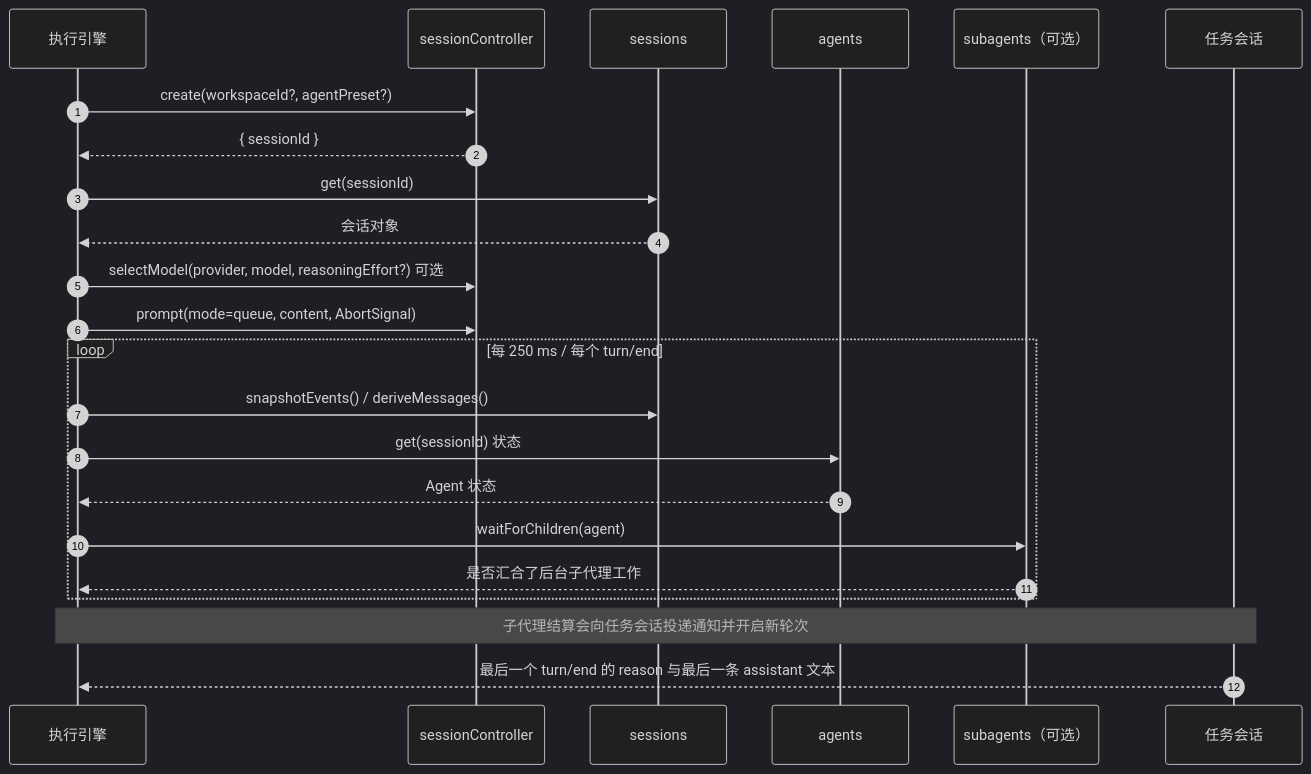
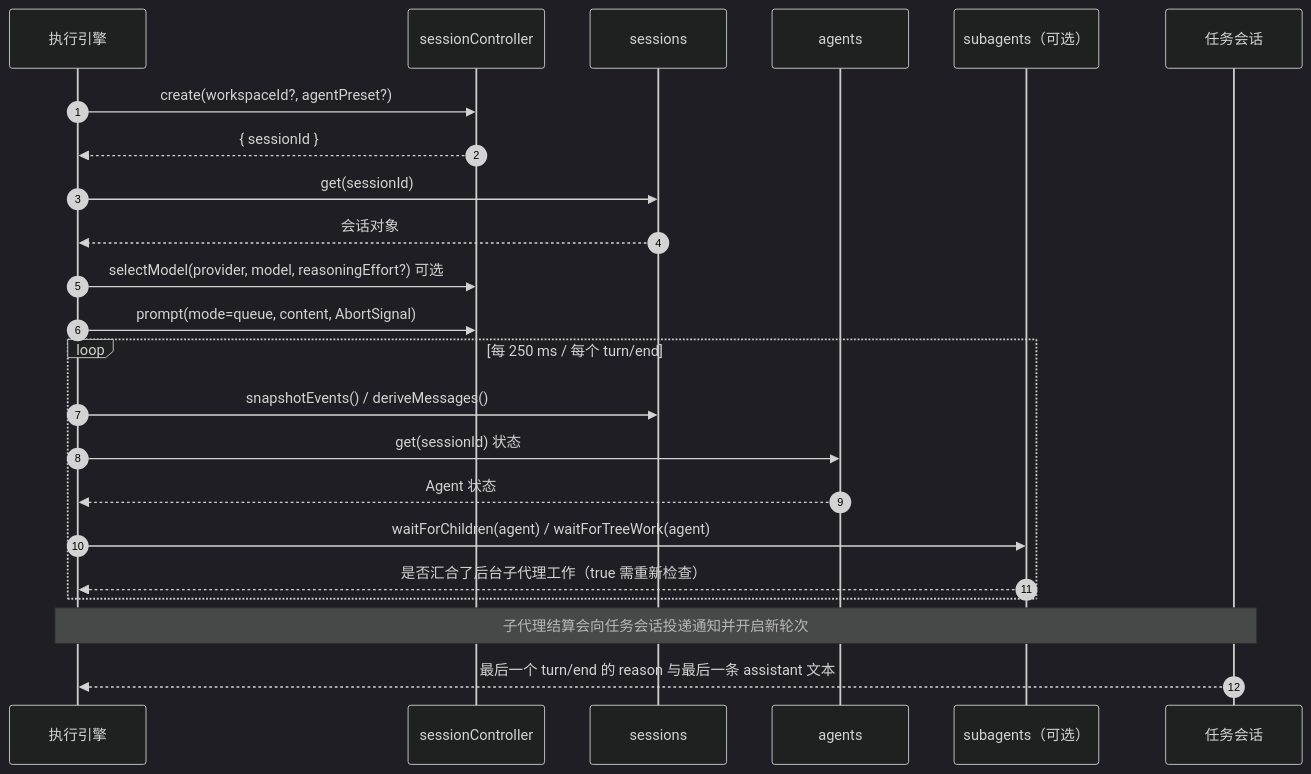
The third of 3 diagrams in docs/dev/execution-engine.md (czyt1988/dsh-workflow-orchestrator), drawn with Mermaid (dark theme) before and after one commit. The commit also changed other lines of this file and 28 other files, not shown here.

````diff
--- a/docs/dev/execution-engine.md
+++ b/docs/dev/execution-engine.md
@@ -155,25 +169,25 @@
 ```mermaid
 sequenceDiagram
   autonumber
   participant E as 执行引擎
   participant SC as sessionController
   participant SS as sessions
   participant AG as agents
   participant SA as subagents（可选）
   participant T as 任务会话
   E->>SC: create(workspaceId?, agentPreset?)
   SC-->>E: { sessionId }
   E->>SS: get(sessionId)
   SS-->>E: 会话对象
   E->>SC: selectModel(provider, model, reasoningEffort?) 可选
   E->>SC: prompt(mode=queue, content, AbortSignal)
   loop 每 250 ms / 每个 turn/end
     E->>SS: snapshotEvents() / deriveMessages()
     E->>AG: get(sessionId) 状态
     AG-->>E: Agent 状态
-    E->>SA: waitForChildren(agent)
-    SA-->>E: 是否汇合了后台子代理工作
+    E->>SA: waitForChildren(agent) / waitForTreeWork(agent)
+    SA-->>E: 是否汇合了后台子代理工作（true 需重新检查）
   end
   Note over E,T: 子代理结算会向任务会话投递通知并开启新轮次
   T-->>E: 最后一个 turn/end 的 reason 与最后一条 assistant 文本
 ```
````
